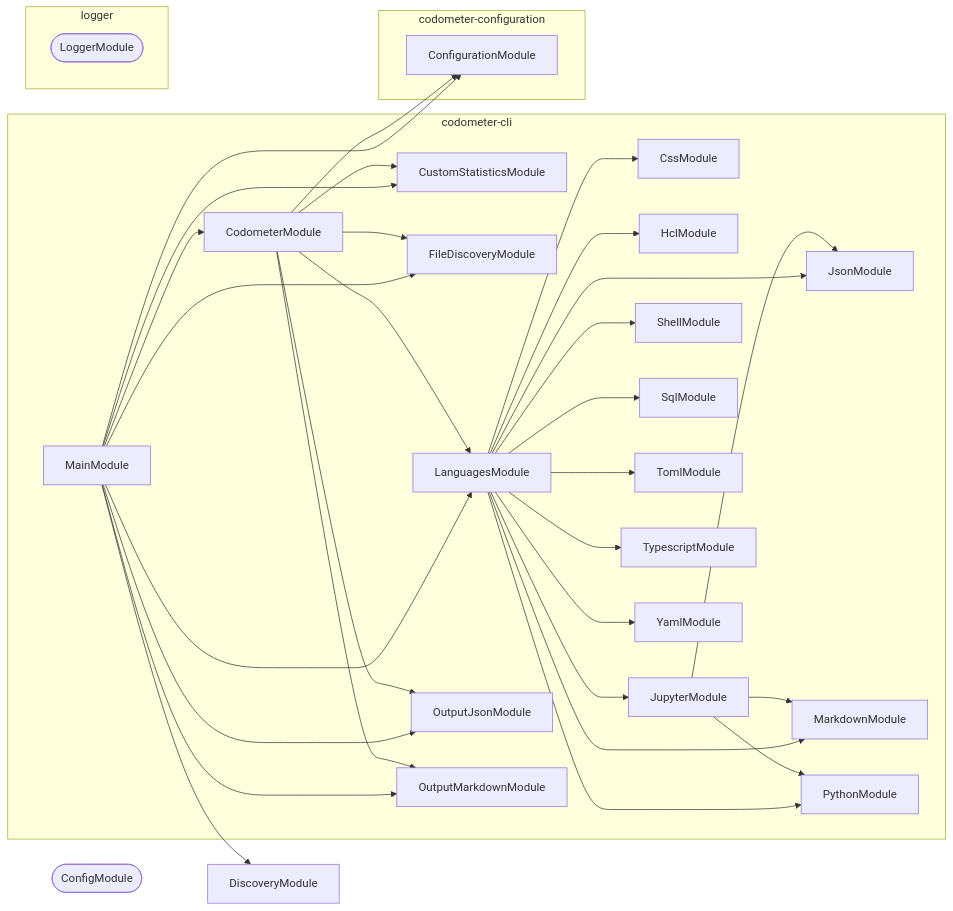
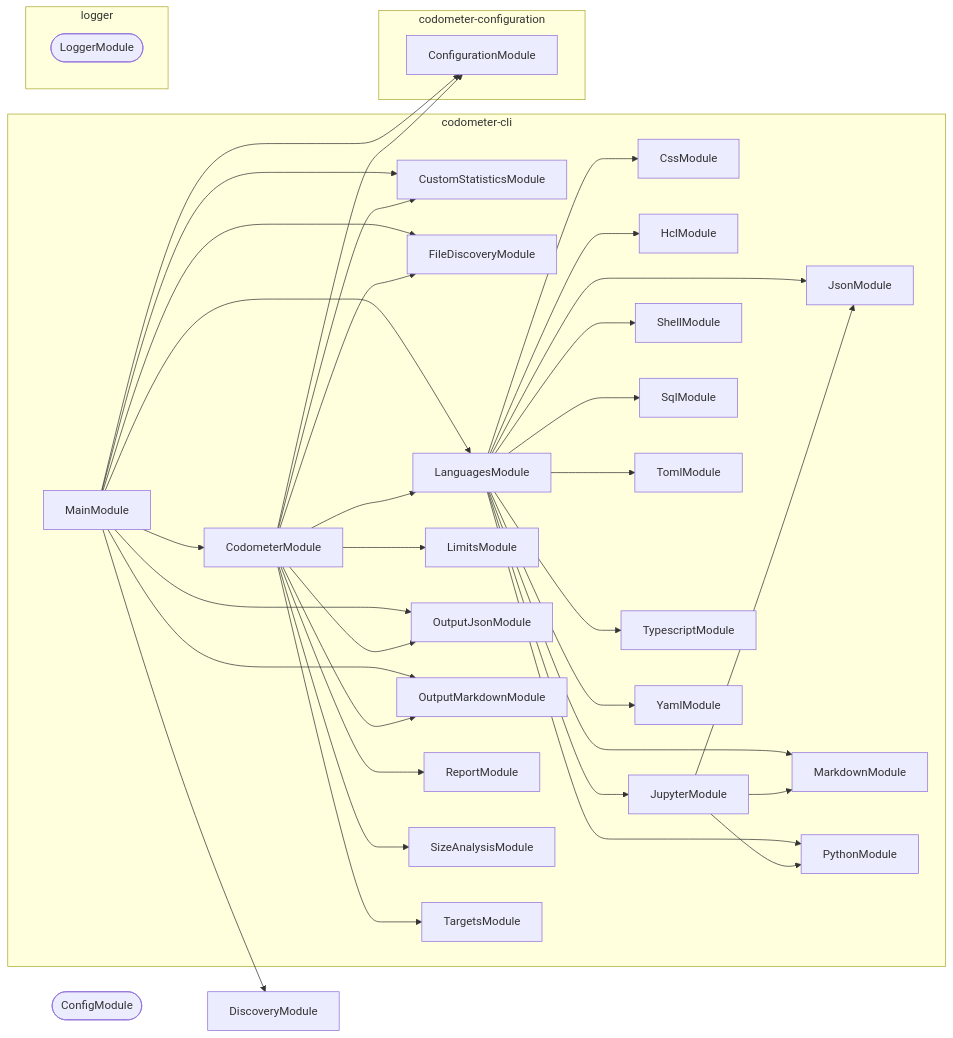
The diagram in packages/codometer-cli/AGENTS.md (JimmyPaolini/codebase), drawn with Mermaid before and after one commit. The commit also changed 212 other files, not shown here.

First line of the commit message:
feat(codometer): ✨ absorb size-limit into codometer as measurable, limitable targets (#233)

````diff
--- a/packages/codometer-cli/AGENTS.md
+++ b/packages/codometer-cli/AGENTS.md
@@ -58,59 +58,67 @@
 ```mermaid
 flowchart LR
   subgraph group0["codometer-cli"]
     CodometerModule
     CssModule
     CustomStatisticsModule
     FileDiscoveryModule
     HclModule
     JsonModule
     JupyterModule
     LanguagesModule
+    LimitsModule
     MainModule
     MarkdownModule
     OutputJsonModule
     OutputMarkdownModule
     PythonModule
+    ReportModule
     ShellModule
+    SizeAnalysisModule
     SqlModule
+    TargetsModule
     TomlModule
     TypescriptModule
     YamlModule
   end
   subgraph group1["codometer-configuration"]
     ConfigurationModule
   end
   subgraph group2["logger"]
     LoggerModule([LoggerModule])
   end
   ConfigModule([ConfigModule])
   DiscoveryModule
   CodometerModule --> ConfigurationModule
   CodometerModule --> CustomStatisticsModule
   CodometerModule --> FileDiscoveryModule
   CodometerModule --> LanguagesModule
+  CodometerModule --> LimitsModule
   CodometerModule --> OutputJsonModule
   CodometerModule --> OutputMarkdownModule
+  CodometerModule --> ReportModule
+  CodometerModule --> SizeAnalysisModule
+  CodometerModule --> TargetsModule
   JupyterModule --> JsonModule
   JupyterModule --> MarkdownModule
   JupyterModule --> PythonModule
   LanguagesModule --> CssModule
   LanguagesModule --> HclModule
   LanguagesModule --> JsonModule
   LanguagesModule --> JupyterModule
   LanguagesModule --> MarkdownModule
   LanguagesModule --> PythonModule
   LanguagesModule --> ShellModule
   LanguagesModule --> SqlModule
   LanguagesModule --> TomlModule
   LanguagesModule --> TypescriptModule
   LanguagesModule --> YamlModule
   MainModule --> CodometerModule
   MainModule --> ConfigurationModule
   MainModule --> CustomStatisticsModule
   MainModule --> DiscoveryModule
   MainModule --> FileDiscoveryModule
   MainModule --> LanguagesModule
   MainModule --> OutputJsonModule
   MainModule --> OutputMarkdownModule
 ```
````
